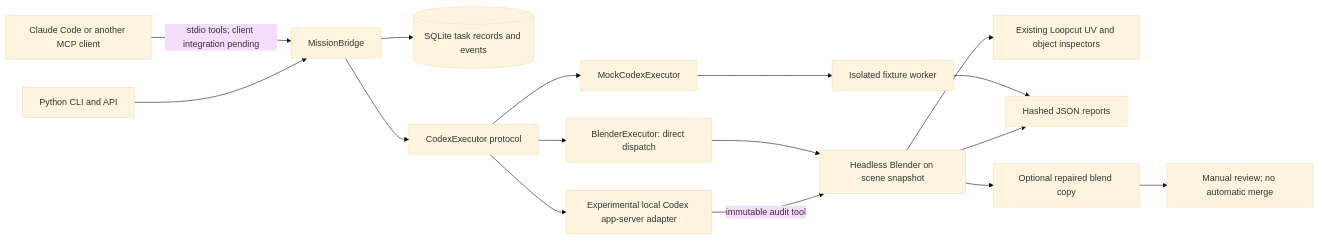
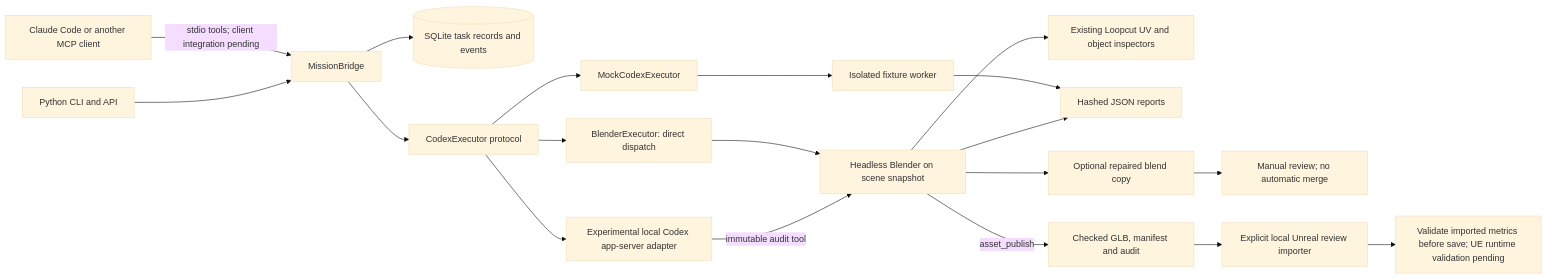
The diagram in docs/cryptonyan/architecture.md (swisspatate/loopcut), drawn with Mermaid (base theme) before and after one commit. The commit also changed other lines of this file and 27 other files, not shown here.

First line of the commit message:
Add static Asset Publisher and explicit Unreal review importer

````diff
--- a/docs/cryptonyan/architecture.md
+++ b/docs/cryptonyan/architecture.md
@@ -61,18 +61,21 @@
 ```mermaid
 flowchart LR
     C[Claude Code or another MCP client] -->|stdio tools; client integration pending| M[MissionBridge]
     CLI[Python CLI and API] --> M
     M --> S[(SQLite task records and events)]
     M --> E[CodexExecutor protocol]
     E --> K[MockCodexExecutor]
     K --> F[Isolated fixture worker]
     E --> B[BlenderExecutor: direct dispatch]
     B --> W[Headless Blender on scene snapshot]
     W --> U[Existing Loopcut UV and object inspectors]
     E --> X[Experimental local Codex app-server adapter]
     X -->|immutable audit tool| W
     F --> R[Hashed JSON reports]
     W --> R
     W --> A[Optional repaired blend copy]
     A --> V[Manual review; no automatic merge]
+    W -->|asset_publish| P[Checked GLB, manifest and audit]
+    P --> I[Explicit local Unreal review importer]
+    I --> Q[Validate imported metrics before save; UE runtime validation pending]
 ```
````
